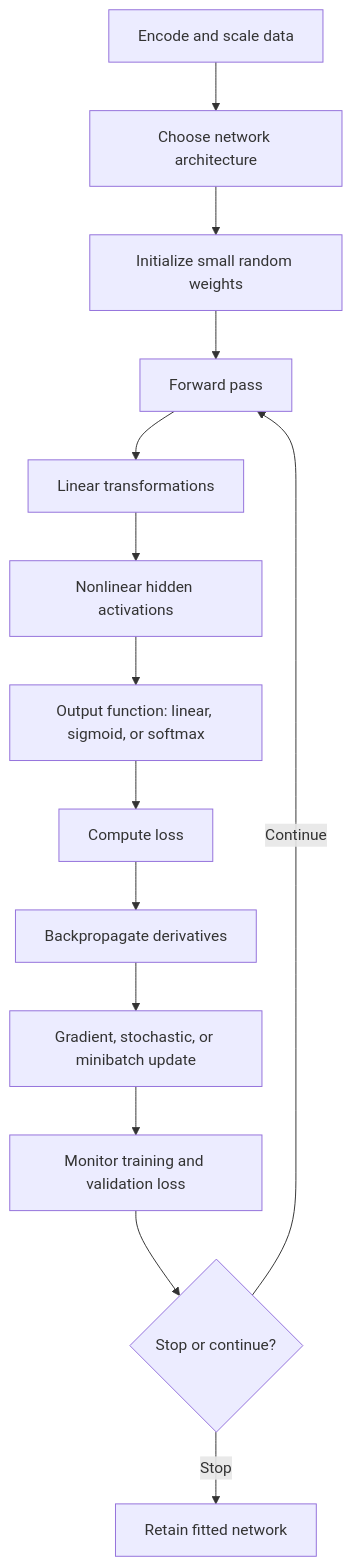
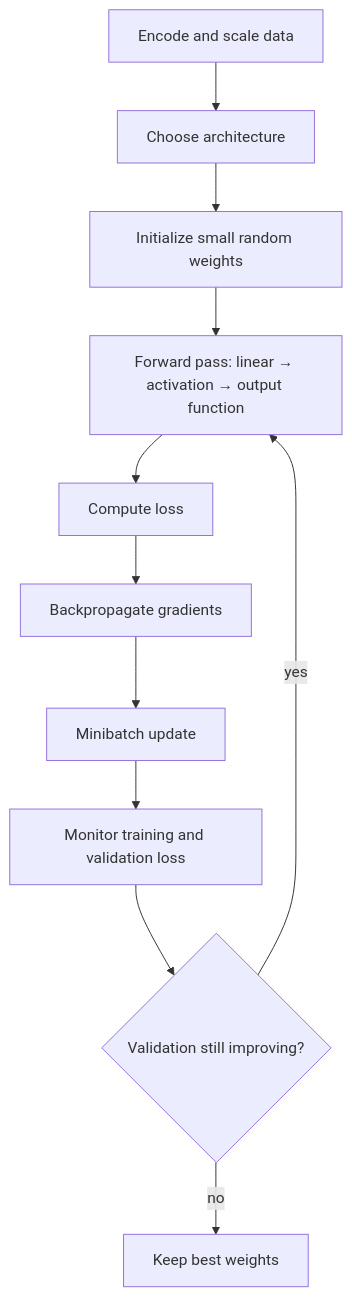
Before and after one commit to hhsieh14/AI-courses-notes-reader: the diagram in courses/modern-temporal-learning/notes/07_neural_network_foundations.md, drawn with Mermaid. The commit also changed other lines of this file and 20 other files, not shown here.

````diff
--- a/courses/modern-temporal-learning/notes/07_neural_network_foundations.md
+++ b/courses/modern-temporal-learning/notes/07_neural_network_foundations.md
@@ -1388,16 +226,13 @@
 ```mermaid
 flowchart TD
-    A[Encode and scale data] --> B[Choose network architecture]
+    A[Encode and scale data] --> B[Choose architecture]
     B --> C[Initialize small random weights]
-    C --> D[Forward pass]
-    D --> E[Linear transformations]
-    E --> F[Nonlinear hidden activations]
-    F --> G[Output function: linear, sigmoid, or softmax]
-    G --> H[Compute loss]
-    H --> I[Backpropagate derivatives]
-    I --> J[Gradient, stochastic, or minibatch update]
-    J --> K[Monitor training and validation loss]
-    K --> L{Stop or continue?}
-    L -- Continue --> D
-    L -- Stop --> M[Retain fitted network]
+    C --> D[Forward pass: linear → activation → output function]
+    D --> E[Compute loss]
+    E --> F[Backpropagate gradients]
+    F --> G[Minibatch update]
+    G --> H[Monitor training and validation loss]
+    H --> I{Validation still improving?}
+    I -- yes --> D
+    I -- no --> J[Keep best weights]
 ```
````
